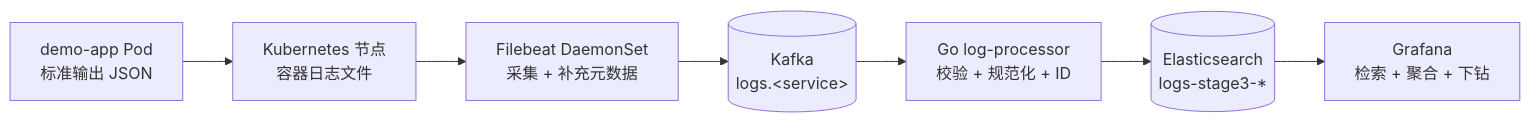
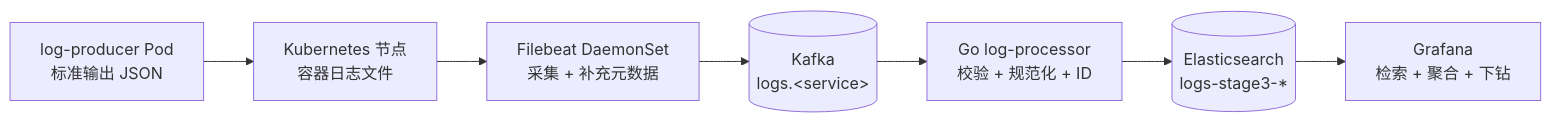
The diagram in docs/architecture.md (Donking-36/distributed-log-platform), drawn with Mermaid before and after one commit. The commit also changed other lines of this file and 3 other files, not shown here.

Commit message:
docs: align log producer contracts and project status

````diff
--- a/docs/architecture.md
+++ b/docs/architecture.md
@@ -25,12 +25,12 @@
 ```mermaid
 flowchart LR
-    A["demo-app Pod<br/>标准输出 JSON"]
+    A["log-producer Pod<br/>标准输出 JSON"]
     N["Kubernetes 节点<br/>容器日志文件"]
     F["Filebeat DaemonSet<br/>采集 + 补充元数据"]
     K[("Kafka<br/>logs.&lt;service&gt;")]
     P["Go log-processor<br/>校验 + 规范化 + ID"]
     E[("Elasticsearch<br/>logs-stage3-*")]
     G["Grafana<br/>检索 + 聚合 + 下钻"]
 
     A --> N --> F --> K --> P --> E --> G
 ```
````
